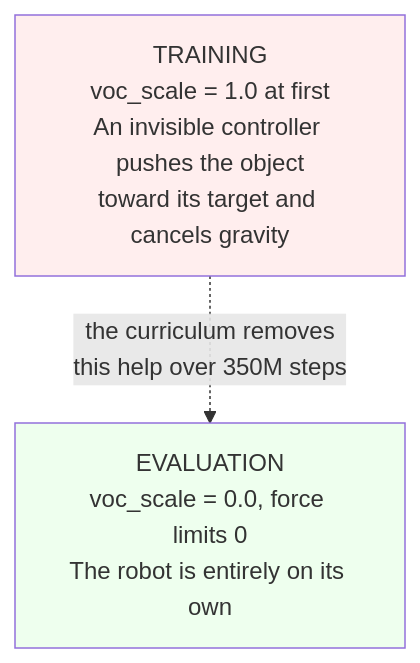
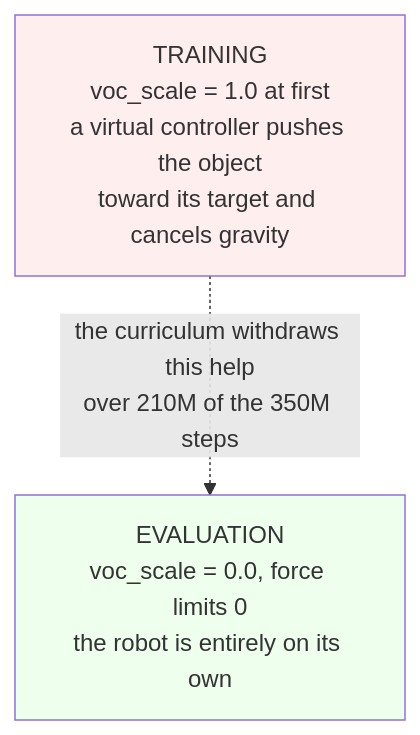
One commit to ibrahim-1811/v2d-track2-robotic-grounding changed the second of 6 diagrams in docs/architecture/ARCHITECTURE.md. Above: the diagram before and after it, drawn with Mermaid. The commit also changed other lines of this file and 53 other files, not shown here.

First line of the commit message:
Clean repo: one README with every command, current architecture and code map

````diff
--- a/docs/architecture/ARCHITECTURE.md
+++ b/docs/architecture/ARCHITECTURE.md
@@ -78,8 +82,8 @@
 ```mermaid
 flowchart TD
-    T["TRAINING<br/>voc_scale = 1.0 at first<br/>An invisible controller pushes the object<br/>toward its target and cancels gravity"]
-    E["EVALUATION<br/>voc_scale = 0.0, force limits 0<br/>The robot is entirely on its own"]
-    T -. "the curriculum removes<br/>this help over 350M steps" .-> E
+    T["TRAINING<br/>voc_scale = 1.0 at first<br/>a virtual controller pushes the object<br/>toward its target and cancels gravity"]
+    E["EVALUATION<br/>voc_scale = 0.0, force limits 0<br/>the robot is entirely on its own"]
+    T -. "the curriculum withdraws this help<br/>over 210M of the 350M steps" .-> E
     style T fill:#fee
     style E fill:#efe
 ```
````
